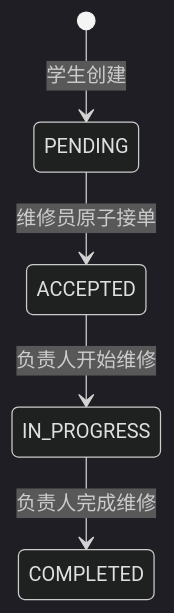
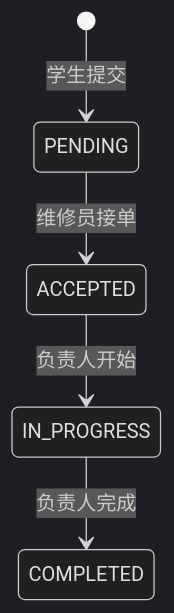
The third of 3 diagrams in DESIGN.md (SSkanger/dorm-repair-management-system), drawn with Mermaid (dark theme) before and after one commit. The commit also changed other lines of this file and 42 other files, not shown here.

````diff
--- a/DESIGN.md
+++ b/DESIGN.md
@@ -135,7 +124,7 @@
 ```mermaid
 stateDiagram-v2
-    [*] --> PENDING: 学生创建
-    PENDING --> ACCEPTED: 维修员原子接单
-    ACCEPTED --> IN_PROGRESS: 负责人开始维修
-    IN_PROGRESS --> COMPLETED: 负责人完成维修
+    [*] --> PENDING: 学生提交
+    PENDING --> ACCEPTED: 维修员接单
+    ACCEPTED --> IN_PROGRESS: 负责人开始
+    IN_PROGRESS --> COMPLETED: 负责人完成
 ```
````
